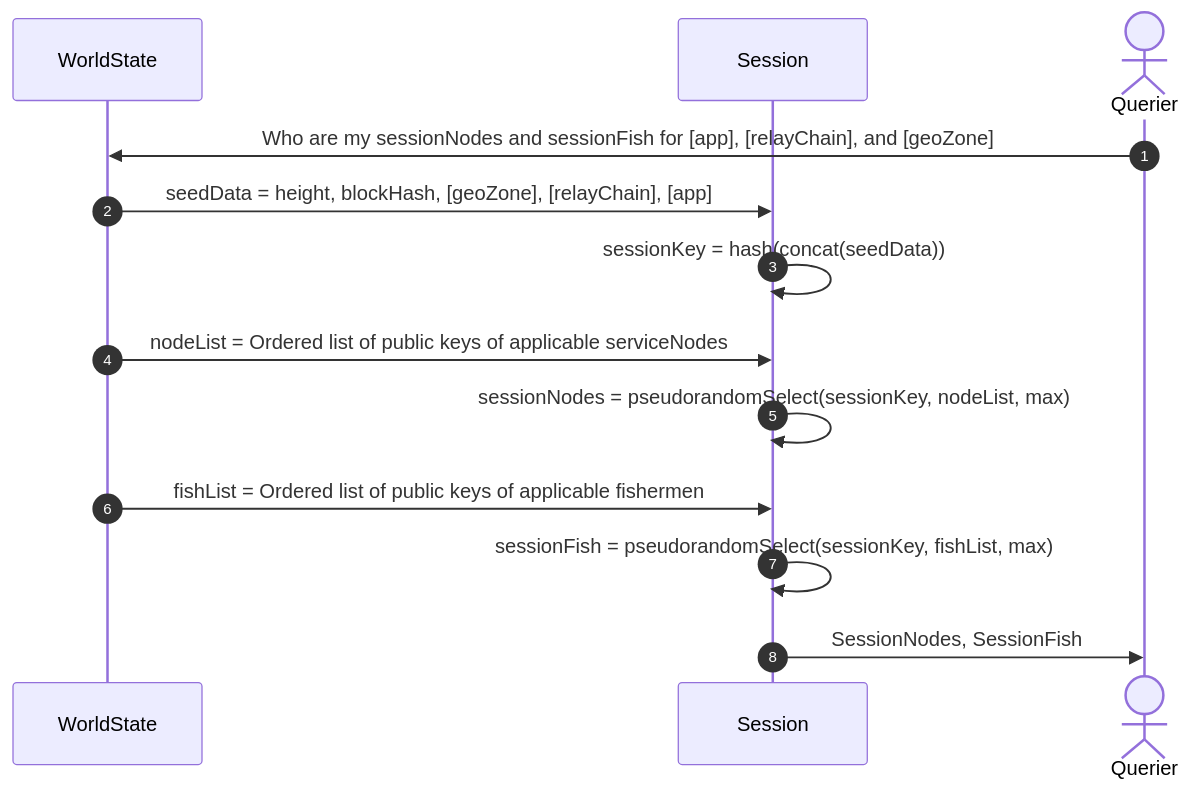
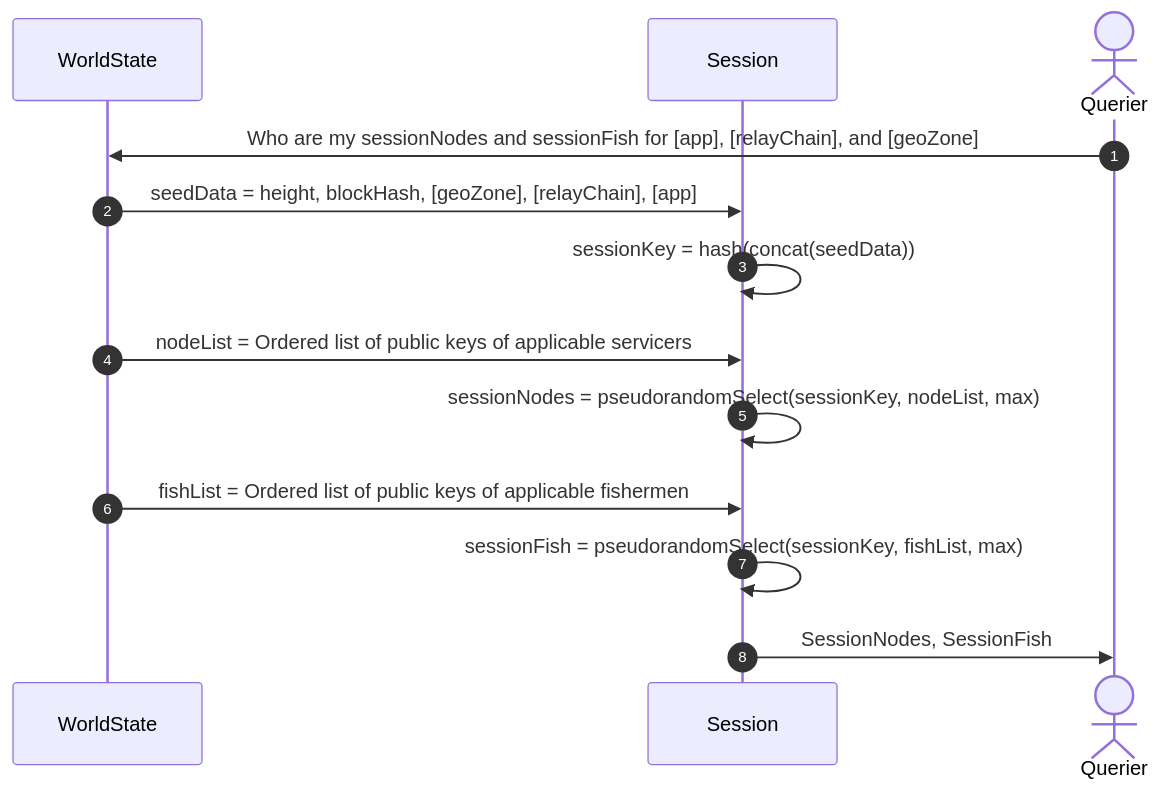
Before and after one commit to pokt-network/pocket: the first of 2 diagrams in utility/doc/PROTOCOL_SESSION.md, drawn with Mermaid. The commit also changed other lines of this file and 56 other files, not shown here.

````diff
--- a/utility/doc/PROTOCOL_SESSION.md
+++ b/utility/doc/PROTOCOL_SESSION.md
@@ -52,16 +52,16 @@
 ```mermaid
 sequenceDiagram
     autonumber
     participant WorldState
     participant Session
     %% The `Qurier` is anyone (app or not) that asks to retrieve session information
     actor Querier
     Querier->>WorldState: Who are my sessionNodes and sessionFish for [app], [relayChain], and [geoZone]
     WorldState->>Session: seedData = height, blockHash, [geoZone], [relayChain], [app]
     Session->>Session: sessionKey = hash(concat(seedData))
-    WorldState->>Session: nodeList = Ordered list of public keys of applicable serviceNodes
+    WorldState->>Session: nodeList = Ordered list of public keys of applicable servicers
     Session->>Session: sessionNodes = pseudorandomSelect(sessionKey, nodeList, max)
     WorldState->>Session: fishList = Ordered list of public keys of applicable fishermen
     Session->>Session: sessionFish = pseudorandomSelect(sessionKey, fishList, max)
     Session->>Querier: SessionNodes, SessionFish
 ```
````
